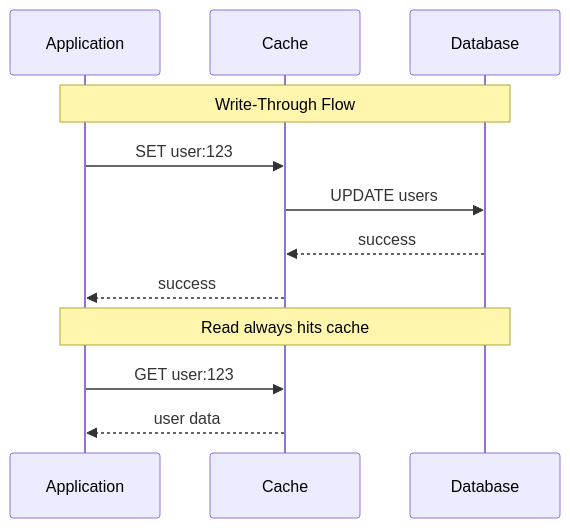
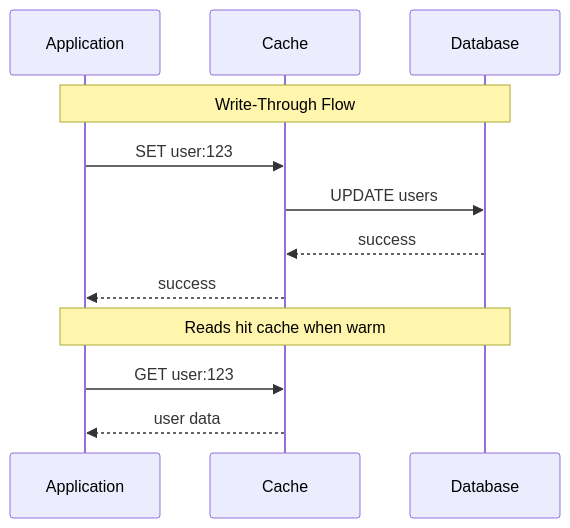
Before and after one commit to OneUptime/blog: the second of 3 diagrams in posts/2026-01-30-cache-consistency/README.md, drawn with Mermaid. The commit also changed other lines of this file and 2 other files, not shown here.

Commit message:
validate: 2026-01-30-cache-consistency

````diff
--- a/posts/2026-01-30-cache-consistency/README.md
+++ b/posts/2026-01-30-cache-consistency/README.md
@@ -122,16 +122,16 @@
 ```mermaid
 sequenceDiagram
     participant App as Application
     participant Cache as Cache
     participant DB as Database
 
     Note over App,DB: Write-Through Flow
     App->>Cache: SET user:123
     Cache->>DB: UPDATE users
     DB-->>Cache: success
     Cache-->>App: success
 
-    Note over App,DB: Read always hits cache
+    Note over App,DB: Reads hit cache when warm
     App->>Cache: GET user:123
     Cache-->>App: user data
 ```
````
